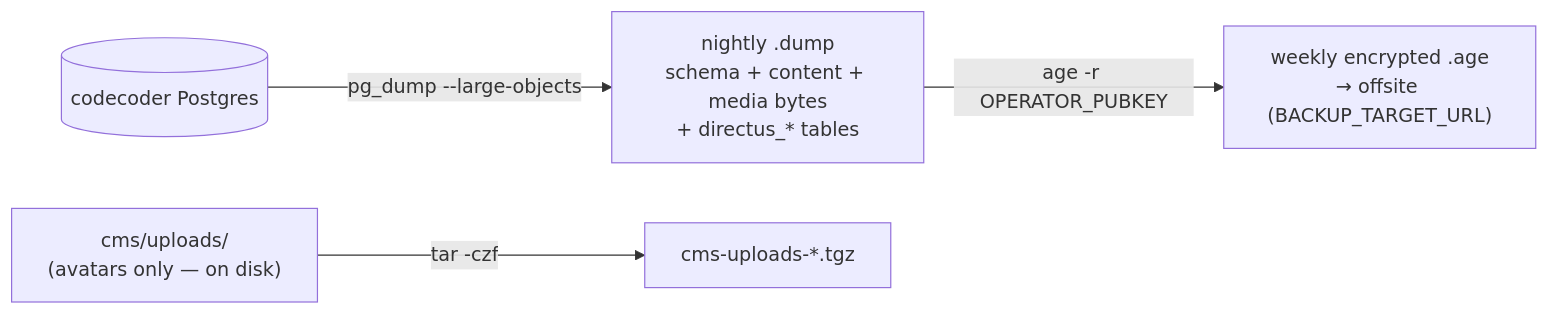
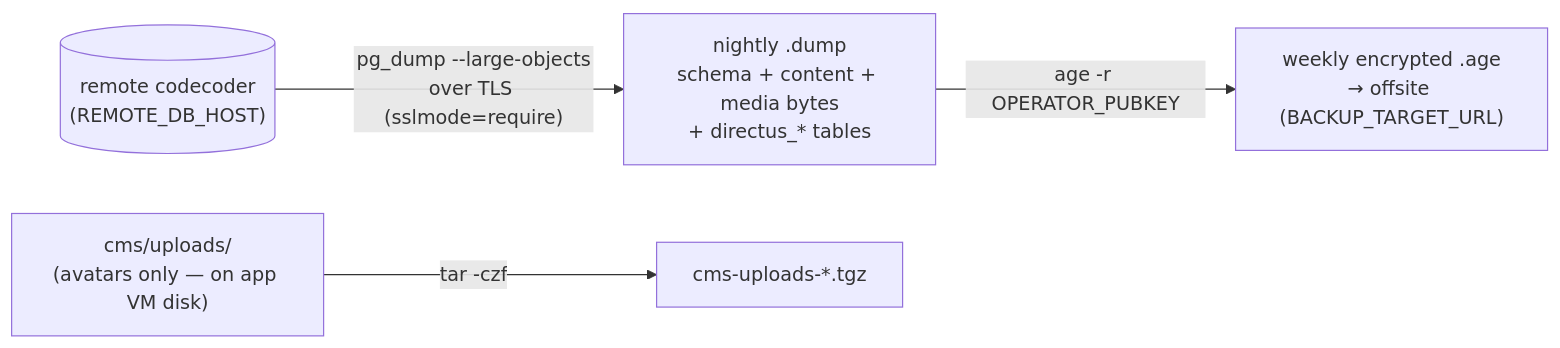
The first of 2 diagrams in docs-site/docs/deployment/operations.md (yashmody/code-anatomy), drawn with Mermaid before and after one commit. The commit also changed other lines of this file and 15 other files, not shown here.

First line of the commit message:
docs: remote shared-Postgres topology — cutover pre-flight, RUNBOOK DB ops, docs-site topology diagrams

````diff
--- a/docs-site/docs/deployment/operations.md
+++ b/docs-site/docs/deployment/operations.md
@@ -39,7 +61,7 @@
 ```mermaid
 flowchart LR
-    PG[("codecoder Postgres")]
-    PG -- "pg_dump --large-objects" --> D["nightly .dump<br/>schema + content + media bytes<br/>+ directus_* tables"]
+    PG[("remote codecoder<br/>(REMOTE_DB_HOST)")]
+    PG -- "pg_dump --large-objects<br/>over TLS (sslmode=require)" --> D["nightly .dump<br/>schema + content + media bytes<br/>+ directus_* tables"]
     D -- "age -r OPERATOR_PUBKEY" --> E["weekly encrypted .age<br/>→ offsite (BACKUP_TARGET_URL)"]
-    UP["cms/uploads/<br/>(avatars only — on disk)"] -- "tar -czf" --> T["cms-uploads-*.tgz"]
+    UP["cms/uploads/<br/>(avatars only — on app VM disk)"] -- "tar -czf" --> T["cms-uploads-*.tgz"]
 ```
````
